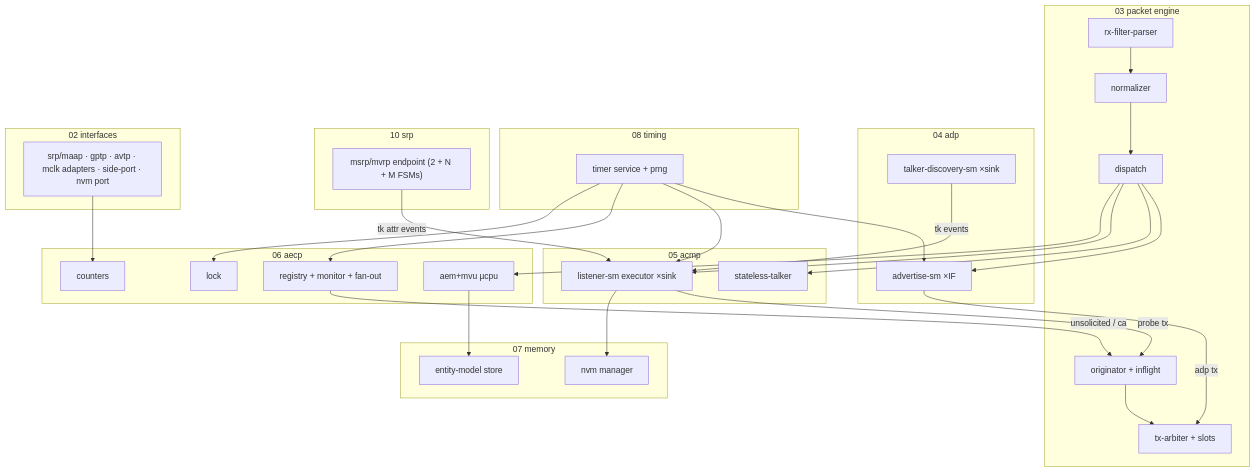
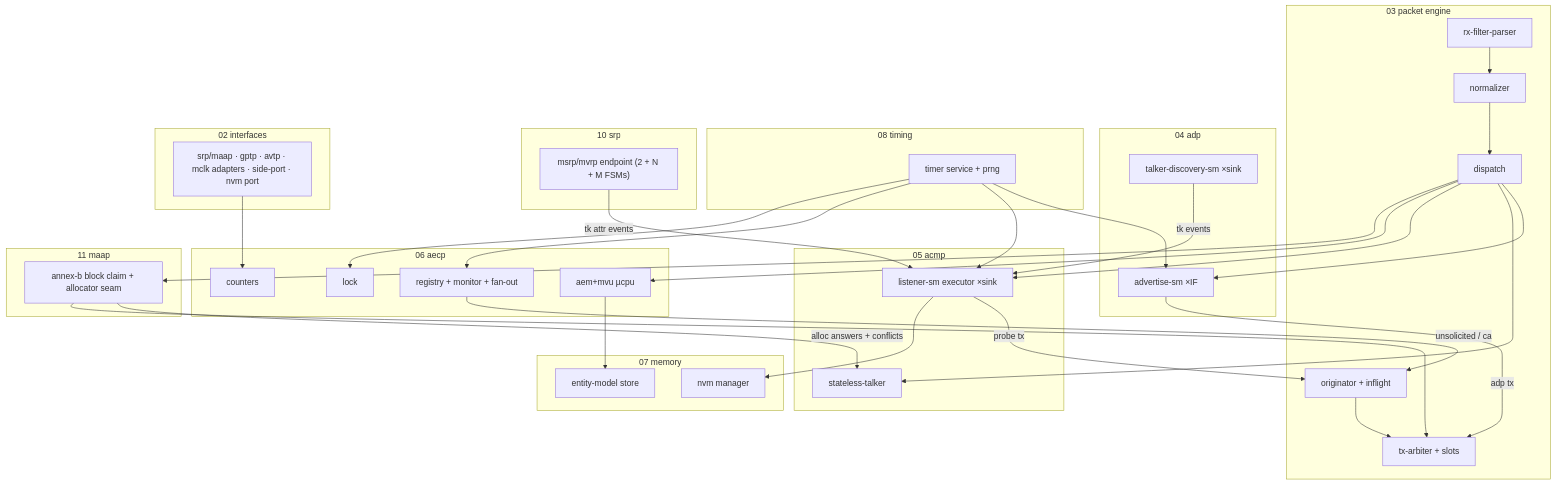
One commit to Mister-M-alt/protocol-processor-control-plane-avb-milan changed the diagram in docs/architecture/01_overview.md. Above: the diagram before and after it, drawn with Mermaid. The commit also changed other lines of this file and 26 other files, not shown here.

Commit message:
MAAP moves in-processor: KL_pp_maap runs the whole Annex B claim walk and answers the talker's allocator seam behind cfg_maap_internal_i (default 0 = the external seam, byte-identical)

````diff
--- a/docs/architecture/01_overview.md
+++ b/docs/architecture/01_overview.md
@@ -185,46 +187,51 @@
 ```mermaid
 flowchart TB
   subgraph doc03 ["03 packet engine"]
     rx["rx-filter-parser"] --> norm["normalizer"] --> disp["dispatch"]
     orig["originator + inflight"]
     txarb["tx-arbiter + slots"]
   end
   subgraph doc04 ["04 adp"]
     adv["advertise-sm ×IF"]
     tdisc["talker-discovery-sm ×sink"]
   end
   subgraph doc05 ["05 acmp"]
     talk["stateless-talker"]
     lsm["listener-sm executor ×sink"]
   end
   subgraph doc06 ["06 aecp"]
     ucpu["aem+mvu µcpu"]
     notif["registry + monitor + fan-out"]
     lockm["lock"]
     ctrs["counters"]
   end
   subgraph doc07 ["07 memory"]
     model["entity-model store"]
     nvm["nvm manager"]
   end
   subgraph doc08 ["08 timing"]
     timers["timer service + prng"]
   end
   subgraph doc10 ["10 srp"]
     srpe["msrp/mvrp endpoint (2 + N + M FSMs)"]
   end
+  subgraph doc11 ["11 maap"]
+    maape["annex-b block claim + allocator seam"]
+  end
   subgraph doc02 ["02 interfaces"]
     adapters["srp/maap · gptp · avtp · mclk adapters · side-port · nvm port"]
   end
-  disp --> adv & talk & lsm & ucpu
+  disp --> adv & talk & lsm & ucpu & maape
+  maape -- "alloc answers + conflicts" --> talk
+  maape --> txarb
   tdisc -- "tk events" --> lsm
   srpe -- "tk attr events" --> lsm
   lsm -- "probe tx" --> orig
   notif -- "unsolicited / ca" --> orig
   adv -- "adp tx" --> txarb
   orig --> txarb
   ucpu --> model
   lsm --> nvm
   adapters --> ctrs
   timers --> adv & lsm & notif & lockm
 ```
````
